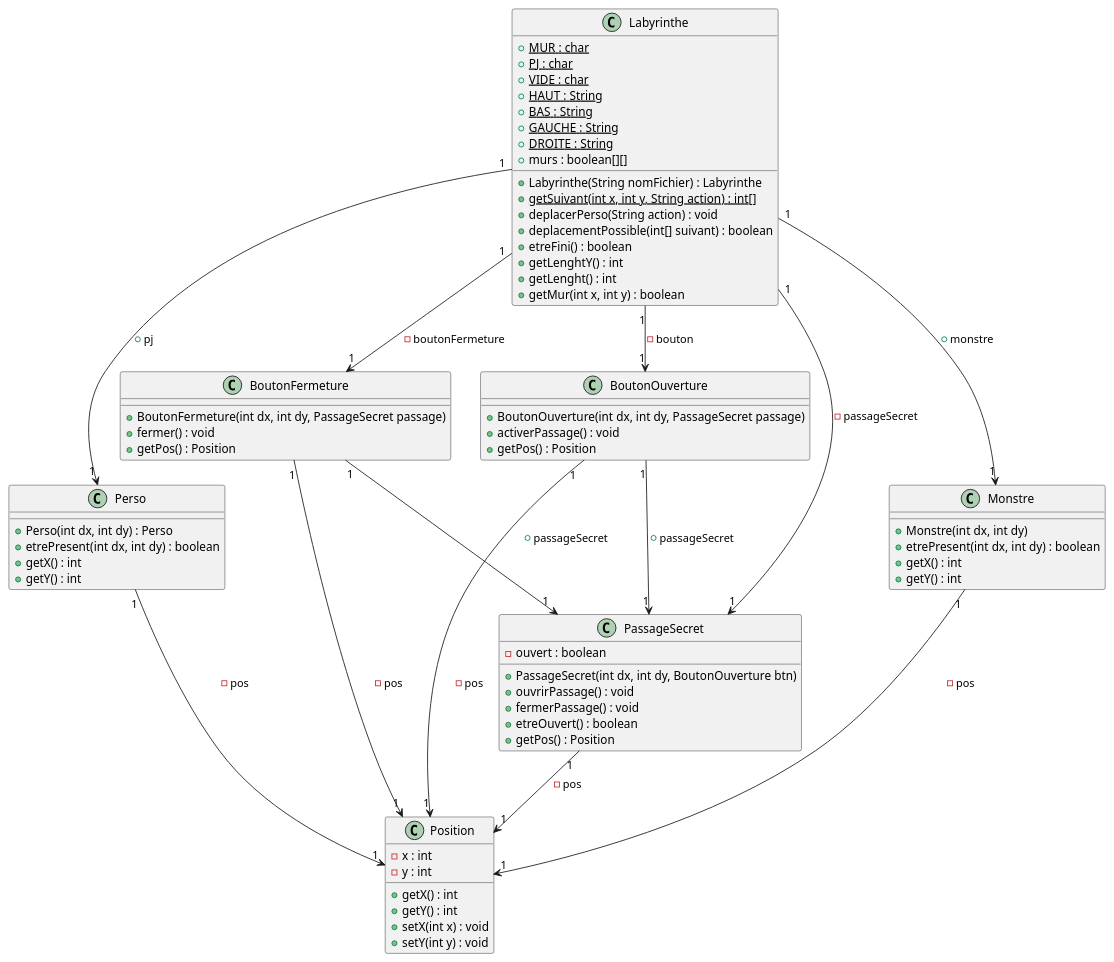
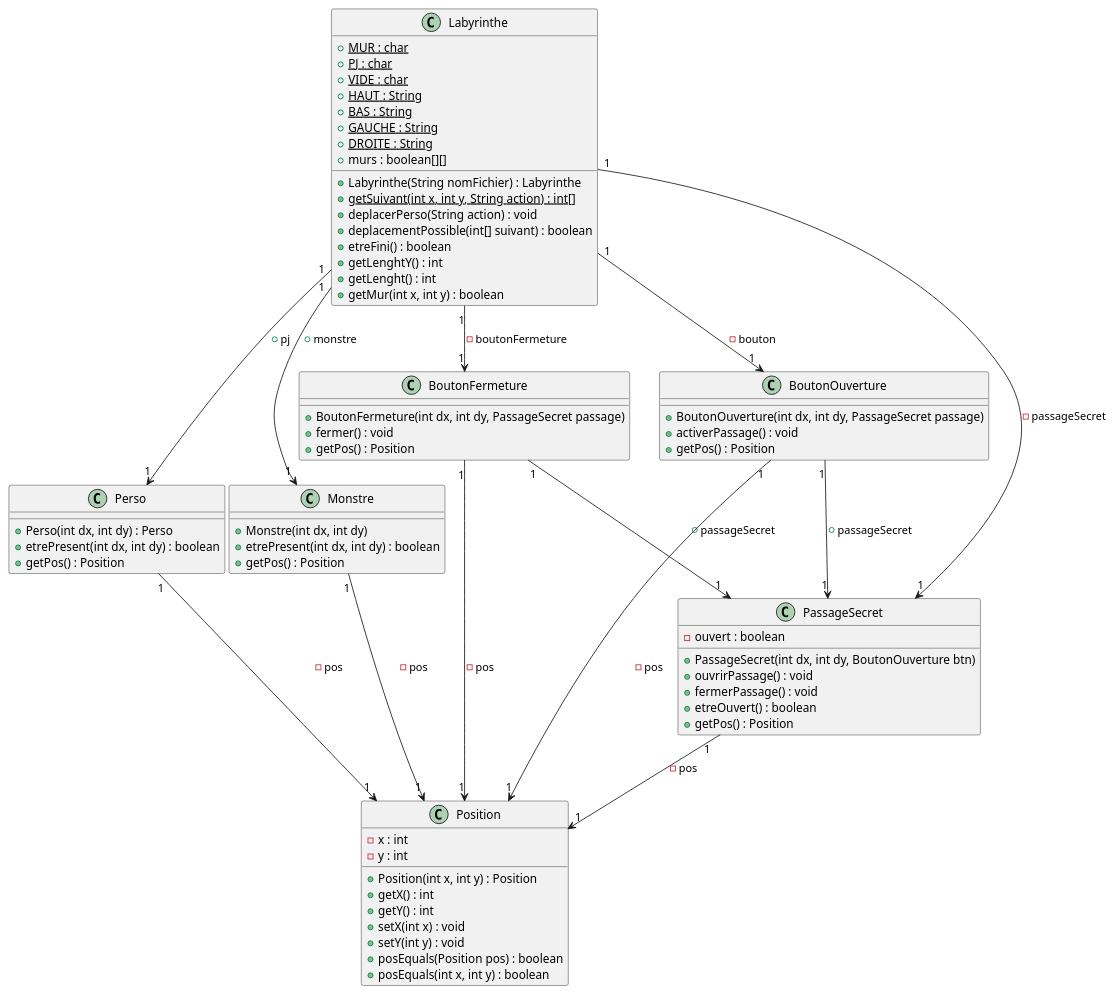
One commit to Zhi-Sheng-Trieu/2022_Zeldiablo_Doan_Oudin_Trieu_Noel changed the diagram in documents/version_3/diagClasseV3.puml. Above: the diagram before and after it, drawn with PlantUML. The commit also changed 8 other files, not shown here.

```diff
--- a/documents/version_3/diagClasseV3.puml
+++ b/documents/version_3/diagClasseV3.puml
@@ -1,82 +1,85 @@
 @startuml
 
 class Labyrinthe{
     {static} +MUR : char
     {static} +PJ : char
     {static} +VIDE : char
     {static} +HAUT : String
     {static} +BAS : String
     {static} +GAUCHE : String
     {static} +DROITE : String
     +murs : boolean[][]
 
     +Labyrinthe(String nomFichier) : Labyrinthe
     {static}+getSuivant(int x, int y, String action) : int[]
     +deplacerPerso(String action) : void
     +deplacementPossible(int[] suivant) : boolean
     +etreFini() : boolean
     +getLenghtY() : int
     +getLenght() : int
     +getMur(int x, int y) : boolean
 
 
 }
 class Perso {
     +Perso(int dx, int dy) : Perso
     +etrePresent(int dx, int dy) : boolean
-    +getX() : int
-    +getY() : int
+    +getPos() : Position
+}
+
+class Monstre{
+    +Monstre(int dx, int dy)
+    +etrePresent(int dx, int dy) : boolean
+    +getPos() : Position
 }
 
 class PassageSecret {
     -ouvert : boolean
     +PassageSecret(int dx, int dy, BoutonOuverture btn)
     +ouvrirPassage() : void
     +fermerPassage() : void
     +etreOuvert() : boolean
     +getPos() : Position
 }
 
 class BoutonOuverture {
     +BoutonOuverture(int dx, int dy, PassageSecret passage)
     +activerPassage() : void
     +getPos() : Position
 }
 
 class BoutonFermeture {
     +BoutonFermeture(int dx, int dy, PassageSecret passage)
     +fermer() : void
     +getPos() : Position
 }
 
 class Position {
     -x : int
     -y : int
+    +Position(int x, int y) : Position
     +getX() : int
     +getY() : int
     +setX(int x) : void
     +setY(int y) : void
+    +posEquals(Position pos) : boolean
+    +posEquals(int x, int y) : boolean
 }
 
-class Monstre{
-    +Monstre(int dx, int dy)
-    +etrePresent(int dx, int dy) : boolean
-    +getX() : int
-    +getY() : int
-}
+
 
 Labyrinthe "1"-->"1" Perso : +pj
 Labyrinthe "1"-->"1" Monstre : +monstre
 Labyrinthe "1"-->"1" PassageSecret : -passageSecret
 Labyrinthe "1"-->"1" BoutonOuverture : -bouton
 Labyrinthe "1"-->"1" BoutonFermeture : -boutonFermeture
 BoutonOuverture "1"-->"1" PassageSecret : +passageSecret
 BoutonFermeture "1"-->"1" PassageSecret : +passageSecret
 BoutonFermeture "1"-->"1" Position : -pos
 Perso "1"-->"1" Position : -pos
 Monstre "1"-->"1" Position : -pos
 PassageSecret "1"-->"1" Position : -pos
 BoutonOuverture "1"-->"1" Position : -pos
 
 
 @enduml
```
